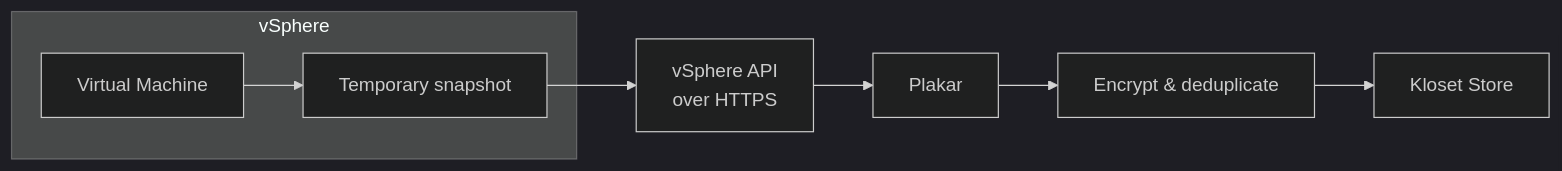
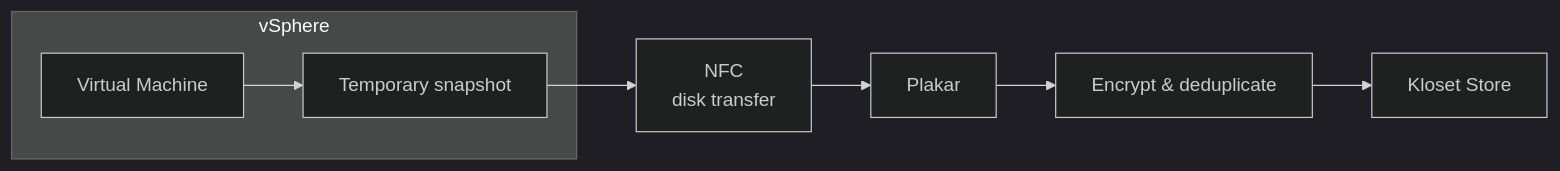
The first of 2 diagrams in content/docs/community/main/integrations/vmware.md (PlakarKorp/plakar.io), drawn with Mermaid (dark theme) before and after one commit. The commit also changed other lines of this file and 4 other files, not shown here.

```diff
--- a/content/docs/community/main/integrations/vmware.md
+++ b/content/docs/community/main/integrations/vmware.md
@@ -127,19 +136,19 @@
 {{< mermaid >}}
 flowchart LR
 
 subgraph Source["vSphere"]
   VM["Virtual Machine"]
   Snap["Temporary snapshot"]
   VM --> Snap
 end
 
-Via["vSphere API<br/>over HTTPS"]
+Via["NFC<br/>disk transfer"]
 
 Plakar["Plakar"]
 
 Transform["Encrypt & deduplicate"]
 
 Store["Kloset Store"]
 
 Snap --> Via --> Plakar --> Transform --> Store
 {{< /mermaid >}}
```
